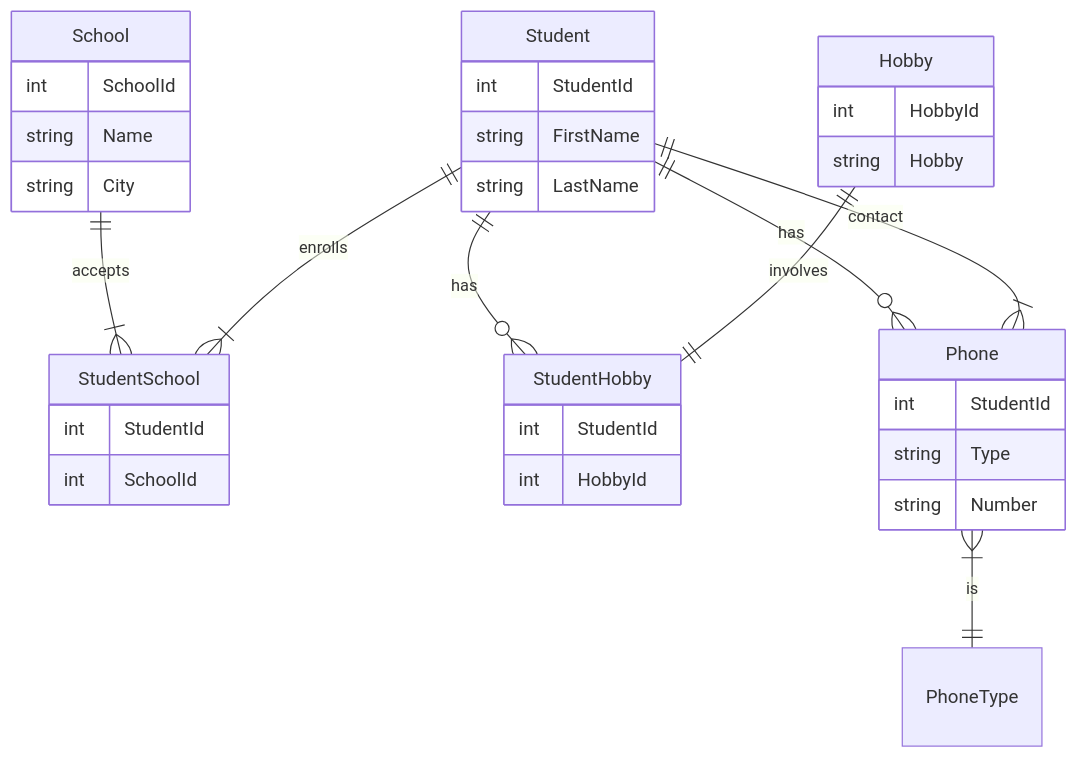
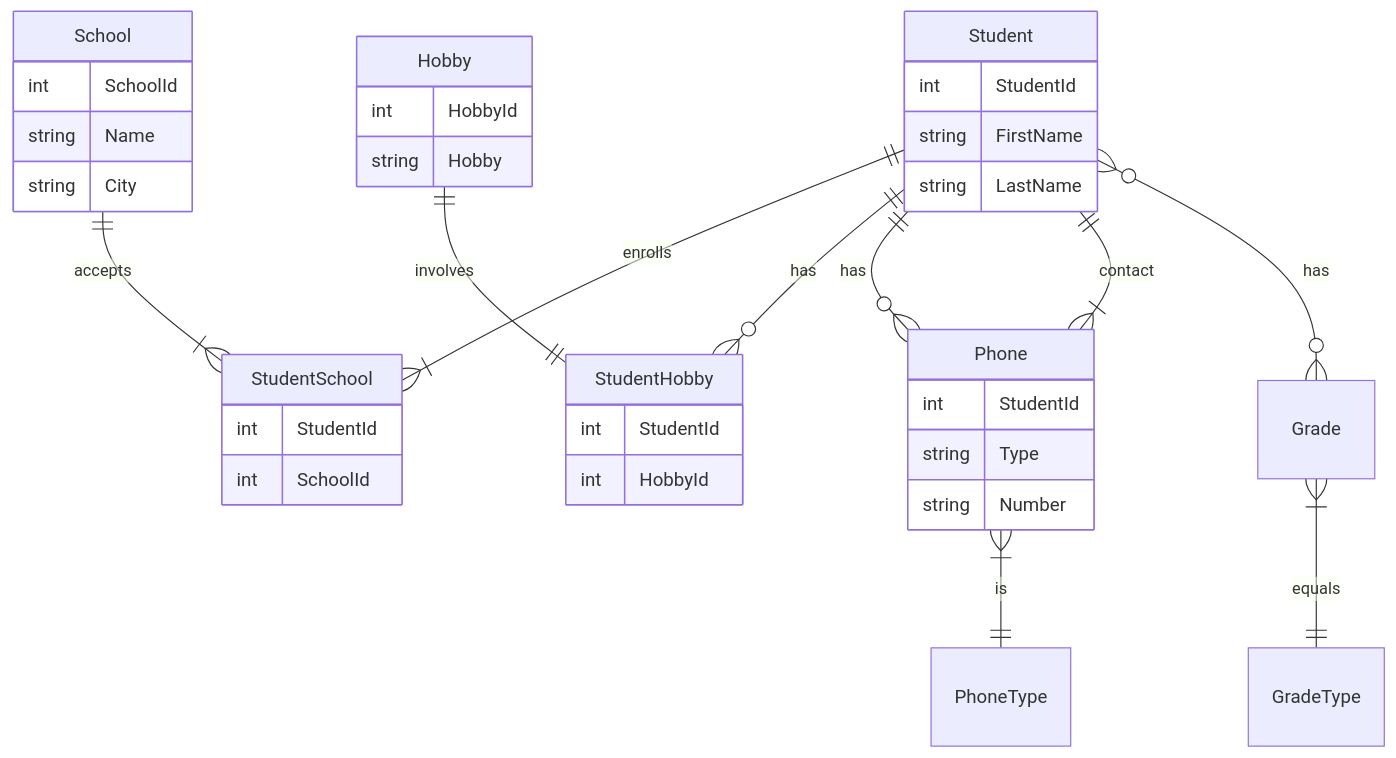
One commit to ellinorekmark/db2022 changed the diagram in README.md. Above: the diagram before and after it, drawn with Mermaid.

````diff
--- a/README.md
+++ b/README.md
@@ -1,46 +1,48 @@
 ```mermaid
 
 erDiagram    
     School ||--|{ StudentSchool : accepts
     Student || --|{StudentSchool : enrolls
     Student ||--o{StudentHobby : has
     Student || -- o{Phone : has
     Phone }|--|| PhoneType : is
     Hobby ||--||StudentHobby : involves
     Student ||--|{Phone : contact
+    Student }o--o{ Grade : has
+    Grade }|--|| GradeType : equals
     
     
     StudentSchool {
         int StudentId
         int SchoolId
     }
     
     Student {
         int StudentId
         string FirstName
         string LastName
     }
     
     School {
         int SchoolId
         string Name
         string City
     }
 
     StudentHobby {
         int StudentId
         int HobbyId
     }
 
     Hobby {
         int HobbyId
         string Hobby
     }
 
     Phone {
         int StudentId
         string Type
         string Number
     }
 
 ```
````
